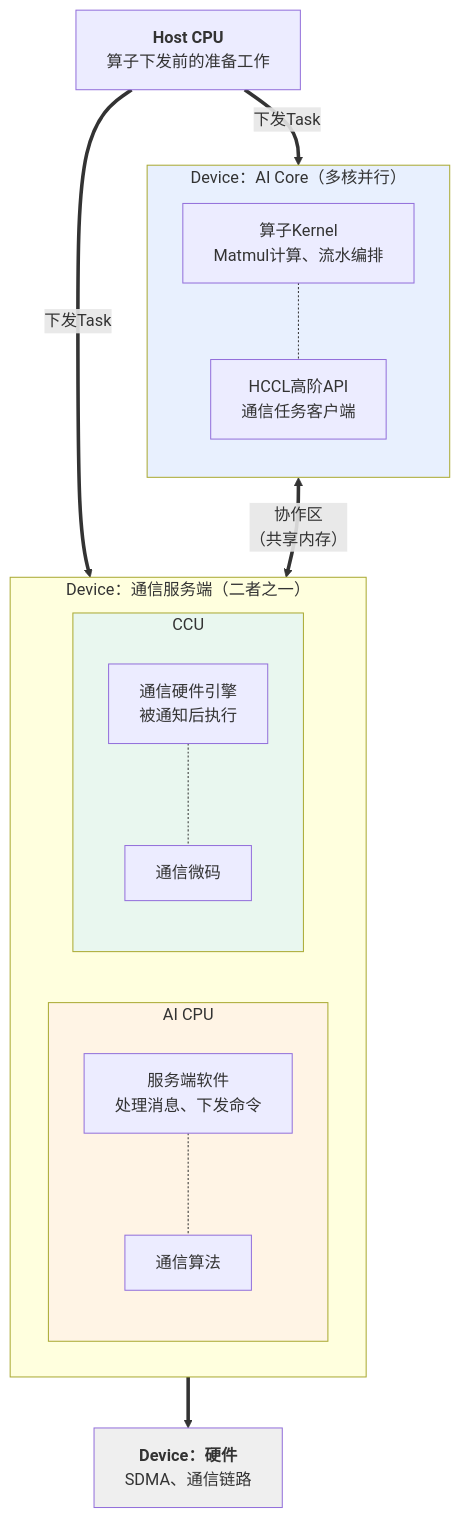
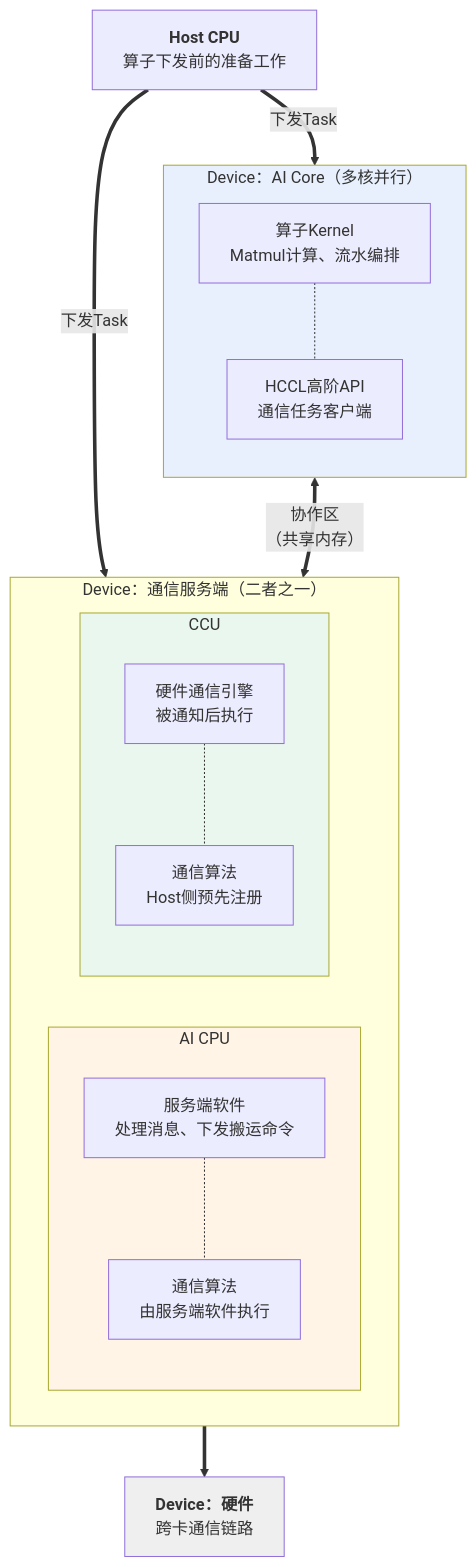
The second of 3 diagrams in docs/zh/编程模型/MC2编程模型/概述.md (Atlas-Ascend-Fork/asc-comm), drawn with Mermaid before and after one commit. The commit also changed other lines of this file, not shown here.

Commit message:
add ccu 概述

````diff
--- a/docs/zh/编程模型/MC2编程模型/概述.md
+++ b/docs/zh/编程模型/MC2编程模型/概述.md
@@ -69,39 +69,39 @@
 ```mermaid
 flowchart TB
     HOST["<b>Host CPU</b><br/>算子下发前的准备工作"]
 
     subgraph AICORE["Device：AI Core（多核并行）"]
         direction TB
         C1["算子Kernel<br/>Matmul计算、流水编排"]
         C2["HCCL高阶API<br/>通信任务客户端"]
         C1 -.- C2
     end
 
     subgraph SERVER["Device：通信服务端（二者之一）"]
         direction LR
         subgraph CPUSIDE["AI CPU"]
             direction TB
-            P1["服务端软件<br/>处理消息、下发命令"]
-            P2["通信算法"]
+            P1["服务端软件<br/>处理消息、下发搬运命令"]
+            P2["通信算法<br/>由服务端软件执行"]
             P1 -.- P2
         end
         subgraph CCUSIDE["CCU"]
             direction TB
-            Q1["通信硬件引擎<br/>被通知后执行"]
-            Q2["通信微码"]
+            Q1["硬件通信引擎<br/>被通知后执行"]
+            Q2["通信算法<br/>Host侧预先注册"]
             Q1 -.- Q2
         end
     end
 
-    HW["<b>Device：硬件</b><br/>SDMA、通信链路"]
+    HW["<b>Device：硬件</b><br/>跨卡通信链路"]
 
     HOST ==>|"下发Task"| AICORE
     HOST ==>|"下发Task"| SERVER
     C2 <==>|"协作区<br/>（共享内存）"| SERVER
     SERVER ==> HW
 
     style AICORE fill:#e8f0fe
     style CPUSIDE fill:#fff4e5
     style CCUSIDE fill:#e9f7ef
     style HW fill:#efefef
 ```
````
